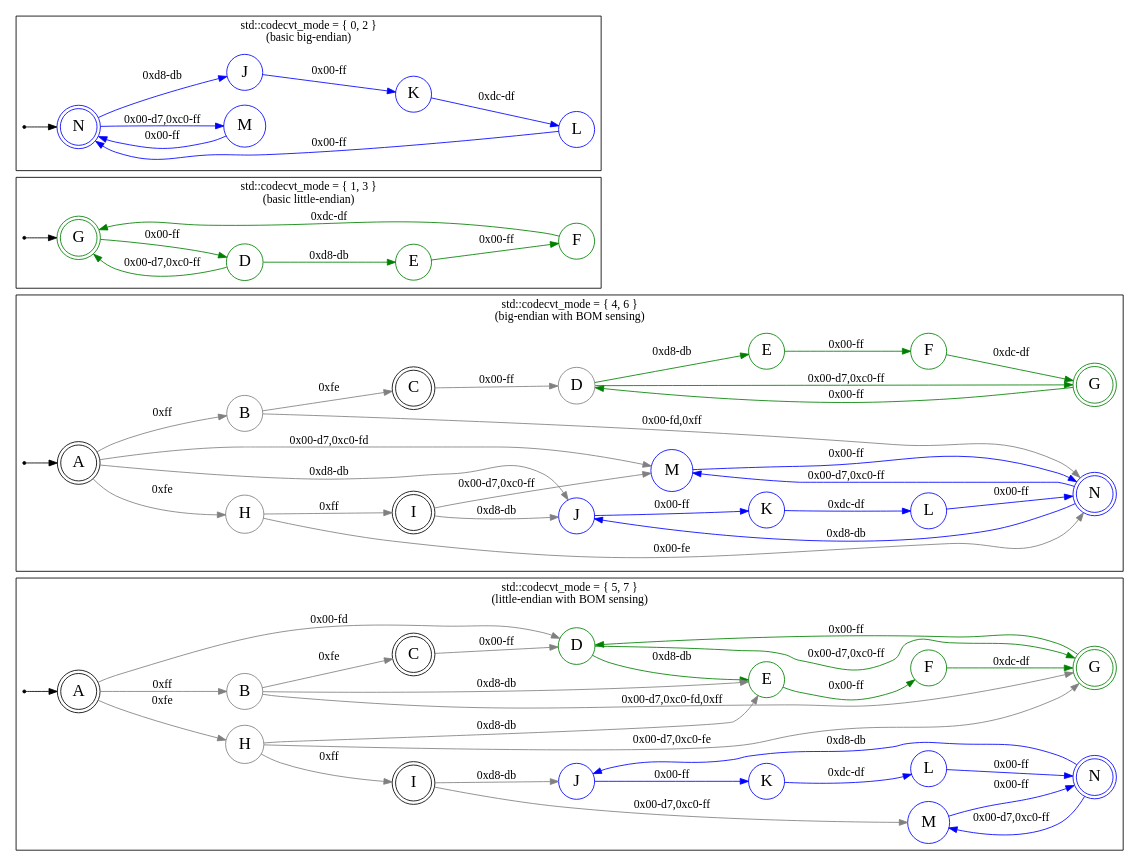
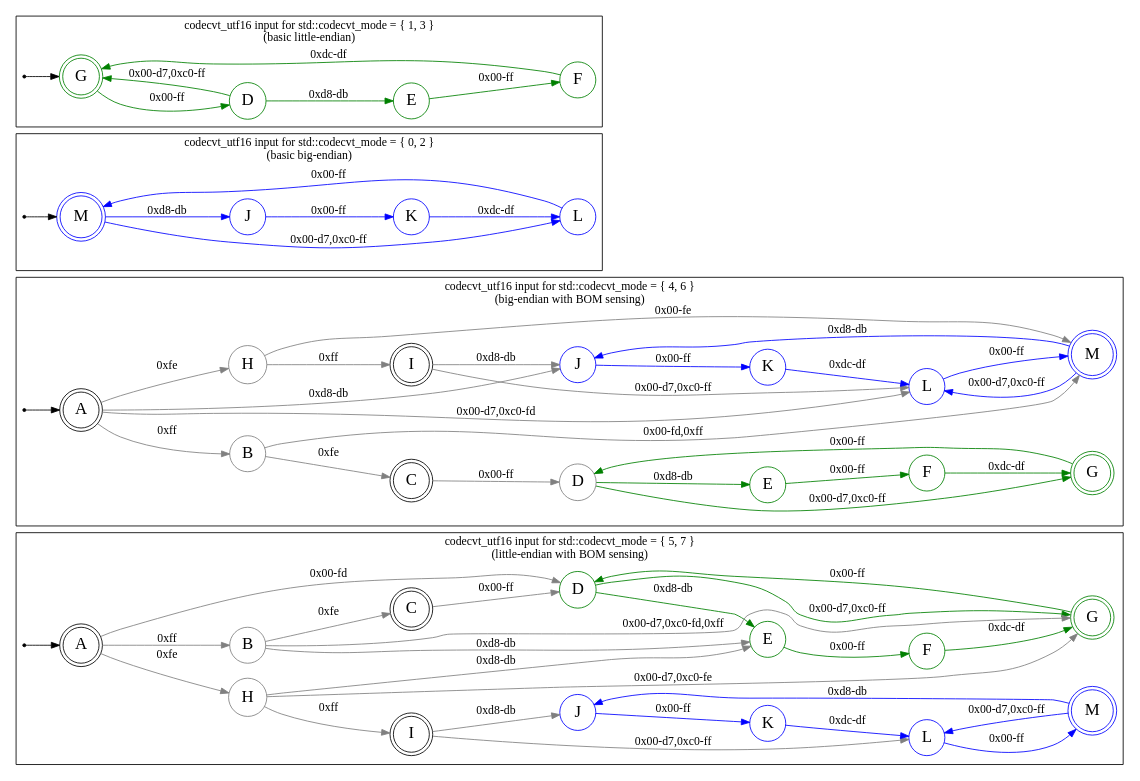
Before and after one commit to jschmerge/xos: the diagram in src/automata/samples/utf16.dot, drawn with Graphviz.

Commit message:
Reduction of states

```diff
--- a/src/automata/samples/utf16.dot
+++ b/src/automata/samples/utf16.dot
@@ -1,194 +1,192 @@
 digraph Input {
 	rankdir="LR"
 	node [shape=circle,fontname="times bold italic",fontsize=20]
 //	edge [fontname=courier]
 
 	Initial2 [shape=point]
 	subgraph cluster_two {
-		label="std::codecvt_mode = { 5, 7 }\n(little-endian with BOM sensing)"
+		label="codecvt_utf16 input for std::codecvt_mode = { 5, 7 }
+(little-endian with BOM sensing)"
 
 		Initial2 -> A2
 
 		A2 [peripheries=2]
 		I2 [peripheries=2]
 		C2 [peripheries=2]
 		subgraph big_endian {
 			node [color="blue"]
 			edge [color="blue"]
 			J2 -> K2 [label="0x00-ff"]
 			K2 -> L2 [label="0xdc-df"]
-			L2 -> N2 [label="0x00-ff"]
-			N2 -> M2 [label="0x00-d7,0xc0-ff"]
-			N2 -> J2 [label="0xd8-db"]
-			M2 -> N2 [label="0x00-ff"]
+			M2 -> L2 [label="0x00-d7,0xc0-ff"]
+			M2 -> J2 [label="0xd8-db"]
+			L2 -> M2 [label="0x00-ff"]
 
 			J2 [label="J"]
 			K2 [label="K"]
 			L2 [label="L"]
-			M2 [label="M"]
-			N2 [label="N",peripheries=2]
+			M2 [label="M",peripheries=2]
 		}
 
 		subgraph little_endian {
 			node [color="green"]
 			edge [color="green"]
 			D2 -> G2 [label="0x00-d7,0xc0-ff"]
 			D2 -> E2 [label="0xd8-db"]
 			E2 -> F2 [label="0x00-ff"]
 			F2 -> G2 [label="0xdc-df"]
 			G2 -> D2 [label="0x00-ff"]
 
 			D2 [label="D"]
 			E2 [label="E"]
 			F2 [label="F"]
 			G2 [label="G",peripheries=2]
 		}
 
 		subgraph BOM {
 			edge [color="gray"]
 			node [color="gray"]
 			A2 -> D2 [label="0x00-fd"]
 			A2 -> H2 [label="0xfe"]
 			A2 -> B2 [label="0xff"]
 
 			B2 -> G2 [label="0x00-d7,0xc0-fd,0xff"]
 			B2 -> C2 [label="0xfe"]
 			B2 -> E2 [label="0xd8-db"]
 
 			C2 -> D2 [label="0x00-ff"]
 
 			H2 -> I2 [label="0xff"]
 			H2 -> G2 [label="0x00-d7,0xc0-fe"]
 			H2 -> E2 [label="0xd8-db"]
 
-			I2 -> M2 [label="0x00-d7,0xc0-ff"]
+			I2 -> L2 [label="0x00-d7,0xc0-ff"]
 			I2 -> J2 [label="0xd8-db"]
 
 			A2 [label="A"]
 			B2 [label="B"]
 			C2 [label="C"]
 			H2 [label="H"]
 			I2 [label="I"]
 		}
 
-		{ rank=max G2; N2; }
+		{ rank=max G2; M2; }
 	}
 
 	Initial1 [shape=point]
 	subgraph cluster_one {
-		label="std::codecvt_mode = { 4, 6 }\n(big-endian with BOM sensing)"
+		label="codecvt_utf16 input for std::codecvt_mode = { 4, 6 }
+(big-endian with BOM sensing)"
 
 		A1 [peripheries=2]
 		C1 [peripheries=2]
 		I1 [peripheries=2]
 
 		Initial1 -> A1
 
 		subgraph BOM {
 			edge [color="gray"]
 			node [color="gray"]
 			A1 -> B1 [label="0xff"]
 			A1 -> H1 [label="0xfe"]
-			A1 -> M1 [label="0x00-d7,0xc0-fd"]
+			A1 -> L1 [label="0x00-d7,0xc0-fd"]
 			A1 -> J1 [label="0xd8-db"]
 
-			B1 -> N1 [label="0x00-fd,0xff"]
+			B1 -> M1 [label="0x00-fd,0xff"]
 			B1 -> C1 [label="0xfe"]
 			C1 -> D1 [label="0x00-ff"]
 
 			H1 -> I1 [label="0xff"]
-			H1 -> N1 [label="0x00-fe"]
-			I1 -> M1 [label="0x00-d7,0xc0-ff"]
+			H1 -> M1 [label="0x00-fe"]
+			I1 -> L1 [label="0x00-d7,0xc0-ff"]
 			I1 -> J1 [label="0xd8-db"]
 
 			A1 [label="A"]
 			B1 [label="B"]
 			C1 [label="C"]
 			H1 [label="H"]
 			I1 [label="I"]
 		}
 		subgraph little_endian {
 			node [color="green"]
 			edge [color="green"]
 			D1 -> G1 [label="0x00-d7,0xc0-ff"]
 			D1 -> E1 [label="0xd8-db"]
 			E1 -> F1 [label="0x00-ff"]
 			F1 -> G1 [label="0xdc-df"]
 			G1 -> D1 [label="0x00-ff"]
 
 			D1 [label="D"]
 			E1 [label="E"]
 			F1 [label="F"]
 			G1 [label="G",peripheries=2]
 		}
 
 		subgraph big_endian {
 			node [color="blue"]
 			edge [color="blue"]
 			J1 -> K1 [label="0x00-ff"]
 			K1 -> L1 [label="0xdc-df"]
-			L1 -> N1 [label="0x00-ff"]
-			M1 -> N1 [label="0x00-ff"]
-			N1 -> M1 [label="0x00-d7,0xc0-ff"]
-			N1 -> J1 [label="0xd8-db"]
+			L1 -> M1 [label="0x00-ff"]
+			M1 -> L1 [label="0x00-d7,0xc0-ff"]
+			M1 -> J1 [label="0xd8-db"]
 
 			J1 [label="J",color=blue]
 			K1 [label="K",color=blue]
 			L1 [label="L",color=blue]
-			M1 [label="M",color=blue]
-			N1 [label="N",peripheries=2,color=blue]
+			M1 [label="M",peripheries=2,color=blue]
 		}
 
 
-		{ rank=max G1; N1; }
+		{ rank=max G1; M1; }
+	}
+
+	Initial3 [shape=point]
+	subgraph cluster_three {
+		label="codecvt_utf16 input for std::codecvt_mode = { 0, 2 }
+(basic big-endian)"
+
+		Initial3 -> M3
+
+		subgraph big_endian {
+			node [color="blue"]
+			edge [color="blue"]
+			M3 -> L3 [label="0x00-d7,0xc0-ff"]
+			L3 -> M3 [label="0x00-ff"]
+			M3 -> J3 [label="0xd8-db"]
+			J3 -> K3 [label="0x00-ff"]
+			K3 -> L3 [label="0xdc-df"]
+
+			J3 [label="J"]
+			K3 [label="K"]
+			L3 [label="L"]
+			M3 [label="M",color=blue,peripheries=2]
+		}
+
+		//{ rank=max M3; }
 	}
 
 	Initial4 [shape=point]
 	subgraph cluster_four {
-		label="std::codecvt_mode = { 1, 3 }\n(basic little-endian)"
+		label="codecvt_utf16 input for std::codecvt_mode = { 1, 3 }
+(basic little-endian)"
 
 		Initial4 -> G4
 
 		subgraph little_endian {
 			node [color="green"]
 			edge [color="green"]
 			G4 -> D4 [label="0x00-ff"]
 			D4 -> G4 [label="0x00-d7,0xc0-ff"]
 			D4 -> E4 [label="0xd8-db"]
 			E4 -> F4 [label="0x00-ff"]
 			F4 -> G4 [label="0xdc-df"]
 
 			D4 [label="D"]
 			E4 [label="E"]
 			F4 [label="F"]
 			G4 [label="G",color=green,peripheries=2]
 		}
 	}
 
-	Initial3 [shape=point]
-	subgraph cluster_three {
-		label="std::codecvt_mode = { 0, 2 }\n(basic big-endian)"
-
-		Initial3 -> N3
-
-		subgraph big_endian {
-			node [color="blue"]
-			edge [color="blue"]
-			N3 -> M3 [label="0x00-d7,0xc0-ff"]
-			M3 -> N3 [label="0x00-ff"]
-			N3 -> J3 [label="0xd8-db"]
-			J3 -> K3 [label="0x00-ff"]
-			K3 -> L3 [label="0xdc-df"]
-			L3 -> N3 [label="0x00-ff"]
-
-			J3 [label="J"]
-			K3 [label="K"]
-			L3 [label="L"]
-			M3 [label="M"]
-			N3 [label="N",color=blue,peripheries=2]
-		}
-
-		//{ rank=max N3; }
-	}
-
 }
```
